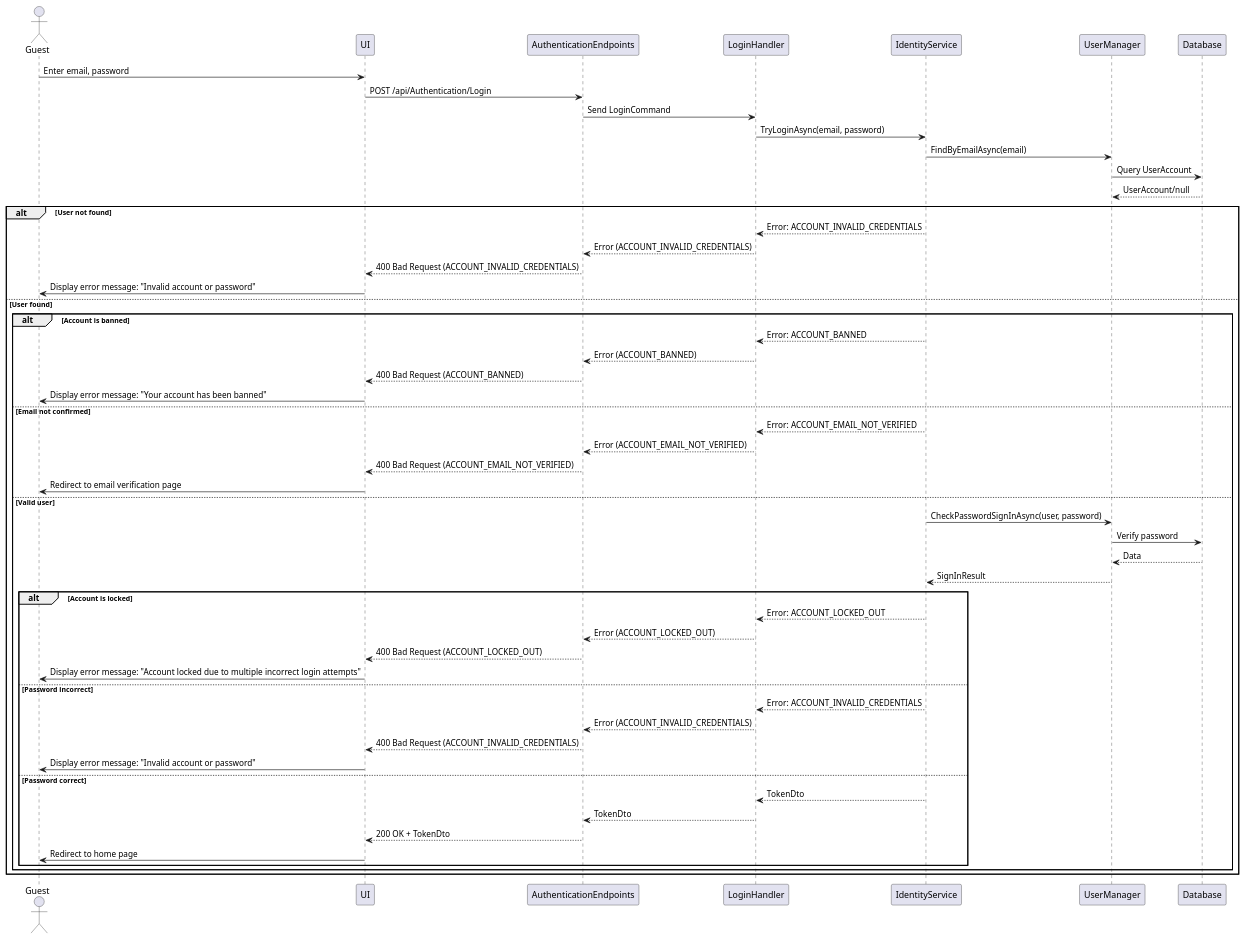
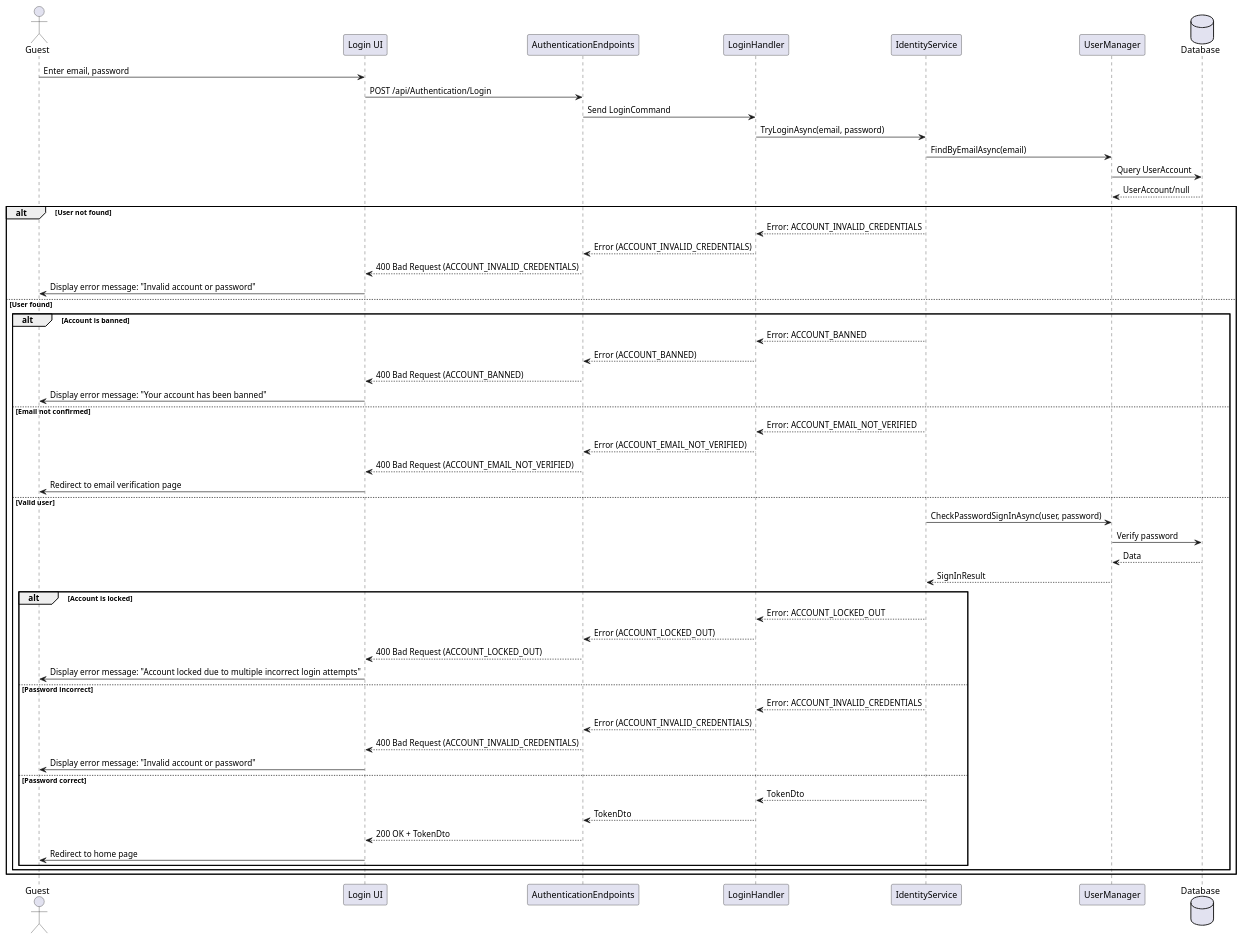
Before and after one commit to thanhkhac/SEP_Diagram: the diagram in authentication/Sequence/02_Login.puml, drawn with PlantUML. The commit also changed 9 other files, not shown here.

First line of the commit message:
Update authentication sequence diagrams for clarity

```diff
--- a/authentication/Sequence/02_Login.puml
+++ b/authentication/Sequence/02_Login.puml
@@ -1,57 +1,57 @@
 @startuml
 actor Guest as User
-participant UI
+participant "Login UI" as UI
 participant AuthenticationEndpoints
 participant LoginHandler
 participant IdentityService
 participant UserManager
-participant Database
+Database Database
 
 User -> UI : Enter email, password
 UI -> AuthenticationEndpoints : POST /api/Authentication/Login
 AuthenticationEndpoints -> LoginHandler : Send LoginCommand
 LoginHandler -> IdentityService : TryLoginAsync(email, password)
 IdentityService -> UserManager : FindByEmailAsync(email)
 UserManager -> Database : Query UserAccount
 Database --> UserManager : UserAccount/null
 alt User not found
     IdentityService --> LoginHandler : Error: ACCOUNT_INVALID_CREDENTIALS
     LoginHandler --> AuthenticationEndpoints : Error (ACCOUNT_INVALID_CREDENTIALS)
     AuthenticationEndpoints --> UI : 400 Bad Request (ACCOUNT_INVALID_CREDENTIALS)
     UI -> User : Display error message: "Invalid account or password"
 else User found
     alt Account is banned
         IdentityService --> LoginHandler : Error: ACCOUNT_BANNED
         LoginHandler --> AuthenticationEndpoints : Error (ACCOUNT_BANNED)
         AuthenticationEndpoints --> UI : 400 Bad Request (ACCOUNT_BANNED)
         UI -> User : Display error message: "Your account has been banned"
     else Email not confirmed
         IdentityService --> LoginHandler : Error: ACCOUNT_EMAIL_NOT_VERIFIED
         LoginHandler --> AuthenticationEndpoints : Error (ACCOUNT_EMAIL_NOT_VERIFIED)
         AuthenticationEndpoints --> UI : 400 Bad Request (ACCOUNT_EMAIL_NOT_VERIFIED)
         UI -> User : Redirect to email verification page
     else Valid user
         IdentityService -> UserManager : CheckPasswordSignInAsync(user, password)
         UserManager -> Database : Verify password
         Database --> UserManager : Data
         UserManager --> IdentityService : SignInResult
 
         alt Account is locked
             IdentityService --> LoginHandler : Error: ACCOUNT_LOCKED_OUT
             LoginHandler --> AuthenticationEndpoints : Error (ACCOUNT_LOCKED_OUT)
             AuthenticationEndpoints --> UI : 400 Bad Request (ACCOUNT_LOCKED_OUT)
             UI -> User : Display error message: "Account locked due to multiple incorrect login attempts"
         else Password incorrect
             IdentityService --> LoginHandler : Error: ACCOUNT_INVALID_CREDENTIALS
             LoginHandler --> AuthenticationEndpoints : Error (ACCOUNT_INVALID_CREDENTIALS)
             AuthenticationEndpoints --> UI : 400 Bad Request (ACCOUNT_INVALID_CREDENTIALS)
             UI -> User : Display error message: "Invalid account or password"
         else Password correct
             IdentityService --> LoginHandler : TokenDto
             LoginHandler --> AuthenticationEndpoints : TokenDto
             AuthenticationEndpoints --> UI : 200 OK + TokenDto
             UI -> User : Redirect to home page
         end
     end
 end
 @enduml
```
